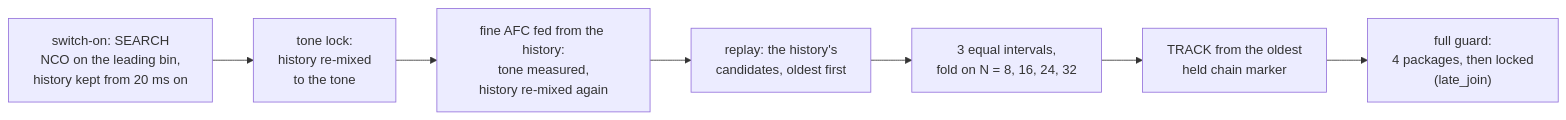
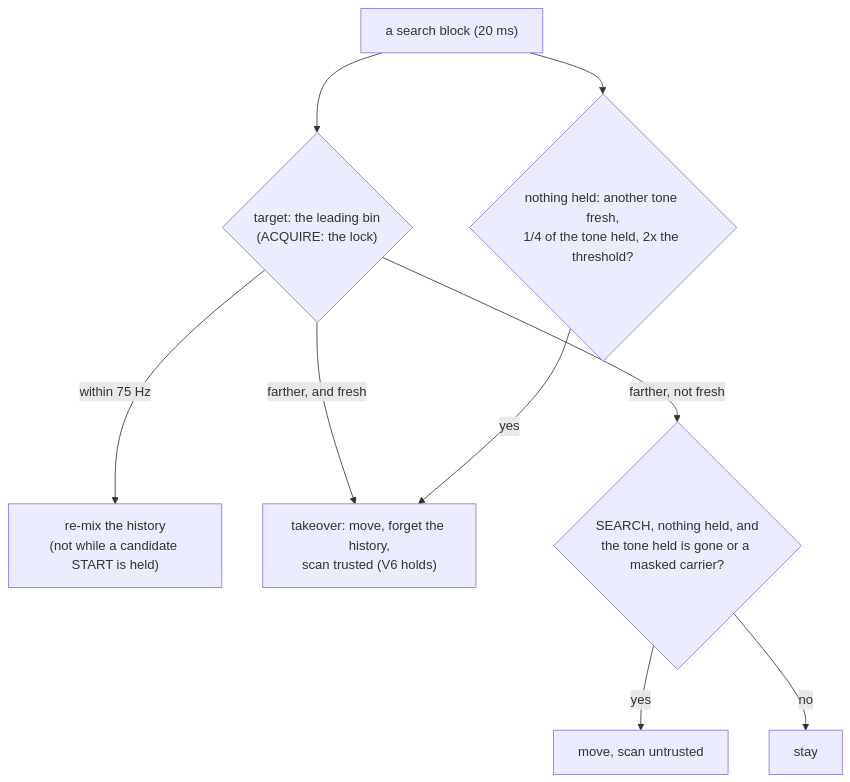
Before and after one commit to solariun/unlimited: the third of 6 diagrams in spec.md, drawn with Mermaid. The commit also changed other lines of this file and 80 other files, not shown here.

````diff
--- a/spec.md
+++ b/spec.md
@@ -1567,9 +277,11 @@
-  ```mermaid
-  flowchart LR
-      A["switch-on: SEARCH<br/>NCO on the leading bin,<br/>history kept from 20 ms on"] --> B["tone lock:<br/>history re-mixed<br/>to the tone"]
-      B --> C["fine AFC fed from the history:<br/>tone measured,<br/>history re-mixed again"]
-      C --> D["replay: the history's<br/>candidates, oldest first"]
-      D --> E["3 equal intervals,<br/>fold on N = 8, 16, 24, 32"]
-      E --> F["TRACK from the oldest<br/>held chain marker"]
-      F --> G["full guard:<br/>4 packages, then locked<br/>(late_join)"]
-  ```
+```mermaid
+flowchart TD
+    a["a search block (20 ms)"] --> b{"target: the leading bin<br/>(ACQUIRE: the lock)"}
+    b -- "within 75 Hz" --> c["re-mix the history<br/>(not while a candidate START is held)"]
+    b -- "farther, and fresh" --> d["takeover: move, forget the history,<br/>scan trusted (V6 holds)"]
+    b -- "farther, not fresh" --> e{"SEARCH, nothing held, and<br/>the tone held is gone or a masked carrier?"}
+    e -- yes --> f["move, scan untrusted"]
+    e -- no --> g["stay"]
+    a --> h{"nothing held: another tone fresh,<br/>1/4 of the tone held, 2x the threshold?"}
+    h -- yes --> d
+```
````
